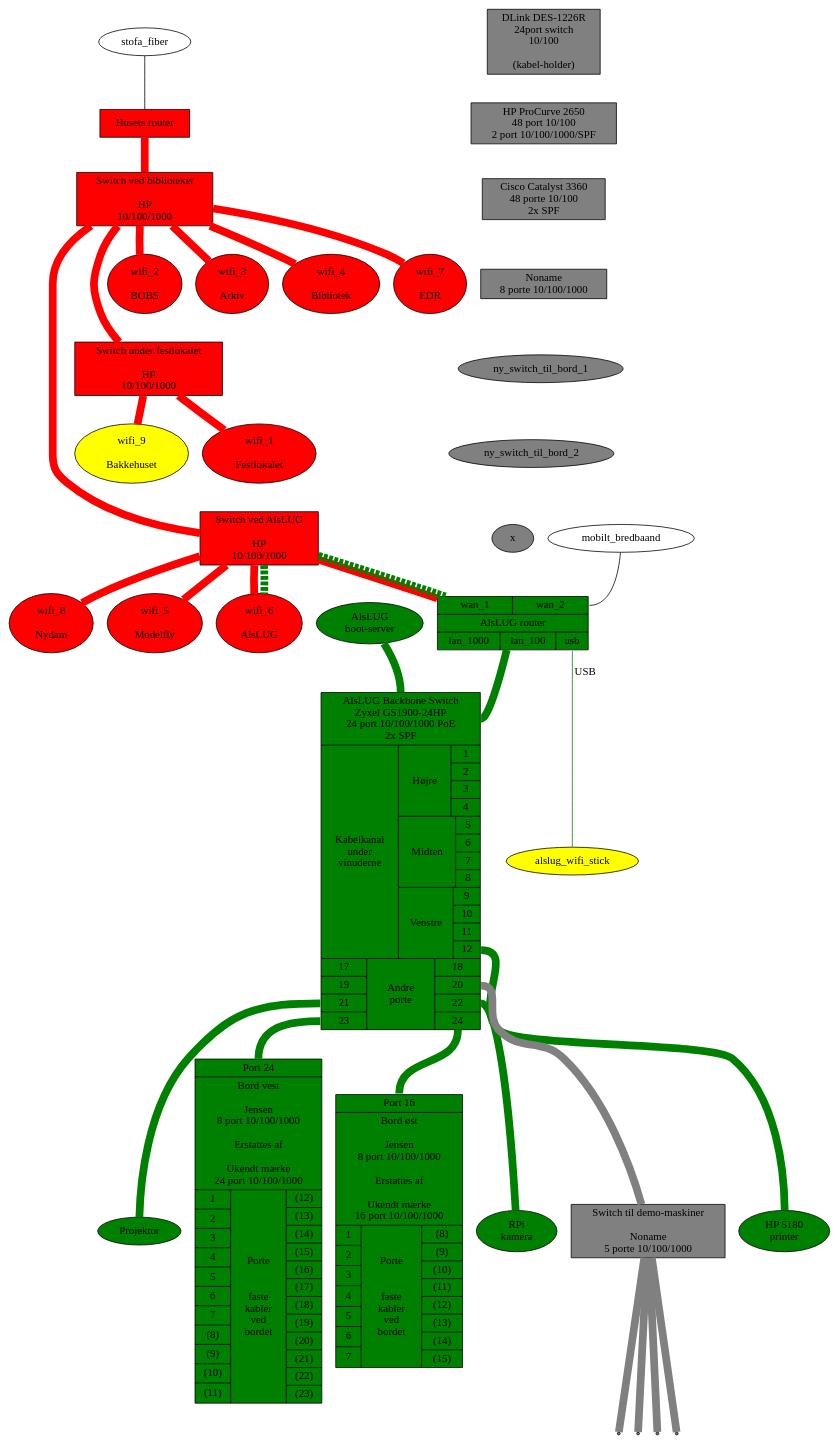
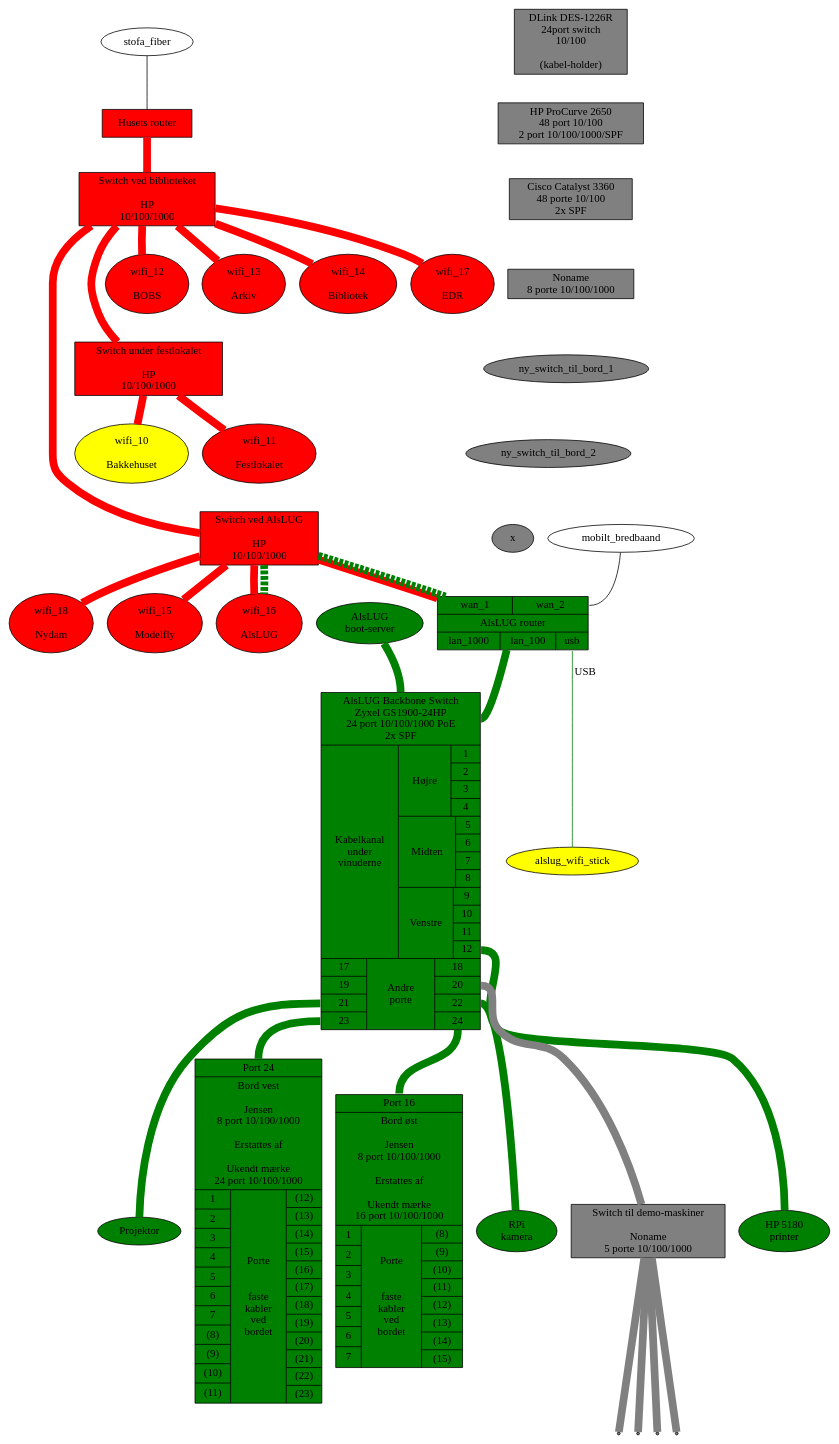
Before and after one commit to alslug/alslug.dk: the diagram in projekter/network.dot, drawn with Graphviz.

```diff
--- a/projekter/network.dot
+++ b/projekter/network.dot
@@ -1,103 +1,103 @@
 digraph xxx {
   edge [ dir=none penwidth=10 ];
 
   node [ style=filled fillcolor=red ];
   husets_router [ shape=box label="Husets router" ];
   husets_switch_1 [ shape=box label="Switch ved biblioteket\n\nHP\n10/100/1000" ];
   husets_switch_2 [ shape=box label="Switch ved AlsLUG\n\nHP\n10/100/1000" ];
   festlokale_switch [ shape=box label="Switch under festlokalet\n\nHP\n10/100/1000" ];
-  wifi_1 [ label=" wifi_1 \n\n Festlokalet "                ];
-  wifi_2 [ label=" wifi_2 \n\n BOBS "                       ];
-  wifi_3 [ label=" wifi_3 \n\n Arkiv "                      ];
-  wifi_4 [ label=" wifi_4 \n\n Bibliotek "                  ];
-  wifi_5 [ label=" wifi_5 \n\n Modelfly "                   ];
-  wifi_6 [ label=" wifi_6 \n\n AlsLUG "                     ];
-  wifi_7 [ label=" wifi_7 \n\n EDR "                        ];
-  wifi_8 [ label=" wifi_8 \n\n Nydam "                      ];
-  wifi_9 [ label=" wifi_9 \n\n Bakkehuset" fillcolor=yellow ];
+  wifi_10 [ label=" wifi_10 \n\n Bakkehuset" fillcolor=yellow ];
+  wifi_11 [ label=" wifi_11 \n\n Festlokalet "                ];
+  wifi_12 [ label=" wifi_12 \n\n BOBS "                       ];
+  wifi_13 [ label=" wifi_13 \n\n Arkiv "                      ];
+  wifi_14 [ label=" wifi_14 \n\n Bibliotek "                  ];
+  wifi_15 [ label=" wifi_15 \n\n Modelfly "                   ];
+  wifi_16 [ label=" wifi_16 \n\n AlsLUG "                     ];
+  wifi_17 [ label=" wifi_17 \n\n EDR "                        ];
+  wifi_18 [ label=" wifi_18 \n\n Nydam "                      ];
   
   node [ style=filled fillcolor=green ];
   alslug_router [ shape=record label="{{<wan_1> wan_1|<wan_2> wan_2}|
                                         AlsLUG router
                                       |{<lan_1000> lan_1000|<lan_100> lan_100|<usb> usb}}" ];
   alslug_gl_bootserver [ label="AlsLUG\nboot-server" ];
   alslug_backbone_switch [ shape=record label="{<any> AlsLUG Backbone Switch \n Zyxel GS1900-24HP \n 24 port 10/100/1000 PoE \n 2x SPF|{Kabelkanal \n under \n vinuderne
 		|{
 			{Højre	|{	<1> 1	|	<2> 2	|	<3> 3	|	<4> 4	}}|
 			{Midten	|{	<5> 5	|	<6> 6	|	<7> 7	|	<8>8	}}|
 			{Venstre|{	<9> 9	|	<10>10	|	<11>11	|	<12>12	}}
 		}}|{{{
 			{<17>17|<18>19|<21>21|<23>23}
 			|Andre \n porte|
 			{<18>18|<20>20|<22>22|<24>24}
 		}}}}"];
   alslug_projektor [ label="Projektor" ]
   alslug_hp5180 [ label="HP 5180 \n printer" ]
   RPi_camera [ label="RPi \n kamera" ]
   bord_1 [ shape=record label="{<24> Port 24|
 		Bord vest\n\nJensen\n8 port 10/100/1000\n\n Erstattes af\n\nUkendt mærke\n24 port 10/100/1000
 		|{
 			{1|2|3|4|5|6|7|(8)|(9)|(10)|(11)}
 			|Porte \n\n\n faste \n kabler \n ved \n bordet|
 			{(12)|(13)|(14)|(15)|(16)|(17)|(18)|(19)|(20)|(21)|(22)|(23)}
 		}}"];
   bord_2 [ shape=record label="{<16> Port 16|
 		Bord øst\n\nJensen\n8 port 10/100/1000\n\n Erstattes af\n\nUkendt mærke\n16 port 10/100/1000
 		|{
 			{1|2|3|4|5|6|7}
 			|Porte \n\n\n faste \n kabler \n ved \n bordet|
 			{(8)|(9)|(10)|(11)|(12)|(13)|(14)|(15)}
 		}}"];
  
   // Udstyr som pt ikke bruges
   node [ style=filled fillcolor=gray ];
   switch_24p      [ shape=box label="DLink DES-1226R\n24port switch\n10/100\n\n(kabel-holder)"];
   switch_48p      [ shape=box label="HP ProCurve 2650\n48 port 10/100\n2 port 10/100/1000/SPF"];
   switch_48p_poe  [ shape=box label="Cisco Catalyst 3360\n48 porte 10/100\n2x SPF"];
   switch_5p       [ shape=box label="Switch til demo-maskiner\n\nNoname\n5 porte 10/100/1000" ];
   switch_8p       [ shape=box label="Noname\n8 porte 10/100/1000"];
   
   switch_24p -> switch_48p -> switch_48p_poe -> switch_8p -> ny_switch_til_bord_1 -> ny_switch_til_bord_2 -> x -> alslug_router [ color=invis ];
   
   
   node [ style=normal ];
   // Internet forbindelser
   stofa_fiber      -> husets_router [ penwidth=1 fillcolor=black style=filled ];
   mobilt_bredbaand -> alslug_router:wan_2 [ penwidth=1 fillcolor=black style=filled ];
   
   // Husets forbindelser
   edge  [ color=red style=solid ];
-  husets_switch_1 -> festlokale_switch -> {             wifi_1                                                  wifi_9 };
-  husets_router -> husets_switch_1 -> {                        wifi_2 wifi_3 wifi_4               wifi_7               };
-  husets_switch_1 -> husets_switch_2 -> { alslug_router                             wifi_5 wifi_6        wifi_8        };
+  husets_switch_1 -> festlokale_switch -> {     wifi_10 wifi_11                                                        };
+  husets_router -> husets_switch_1 -> {                        wifi_12 wifi_13 wifi_14                 wifi_17         };
+  husets_switch_1 -> husets_switch_2 -> { alslug_router                                wifi_15 wifi_16         wifi_18 };
 
   // VLAN forbindelser over bakkensbros netværk
   edge  [ color=green style=dashed ];
-  husets_switch_2 -> { alslug_router:wan_1 wifi_6 };
+  husets_switch_2 -> { alslug_router:wan_1 wifi_16 };
 
   alslug_wifi_stick [ fillcolor=yellow style=filled ];
 
   // Interne forbindelser
   edge [ color=green style=solid ];
   node [ shape=point ];
   
   {alslug_router:lan_1000 alslug_gl_bootserver} -> alslug_backbone_switch:any;
   alslug_backbone_switch:12 -> alslug_hp5180;
   alslug_backbone_switch:20 -> switch_5p -> { demo_1 demo_2 demo_3 demo_4 } [ color=gray ];
   alslug_backbone_switch:21 -> alslug_projektor;
   alslug_backbone_switch:22 -> RPi_camera;
   alslug_backbone_switch:23 -> bord_1:24;
   alslug_backbone_switch:24 -> bord_2:16;
 
   alslug_router:usb -> alslug_wifi_stick [ penwidth=1 label="USB" ];
   
   edge [ color=invis ];
-  husets_switch_1 -> wifi_2 -> festlokale_switch -> wifi_1 -> husets_switch_2;
+  husets_switch_1 -> wifi_12 -> festlokale_switch -> wifi_11 -> husets_switch_2;
 
   subgraph {
     rank = same;
 #    alslug_projektor;
 #    alslug_hp5180;
     alslug_backbone_switch;
   }
 }
```
